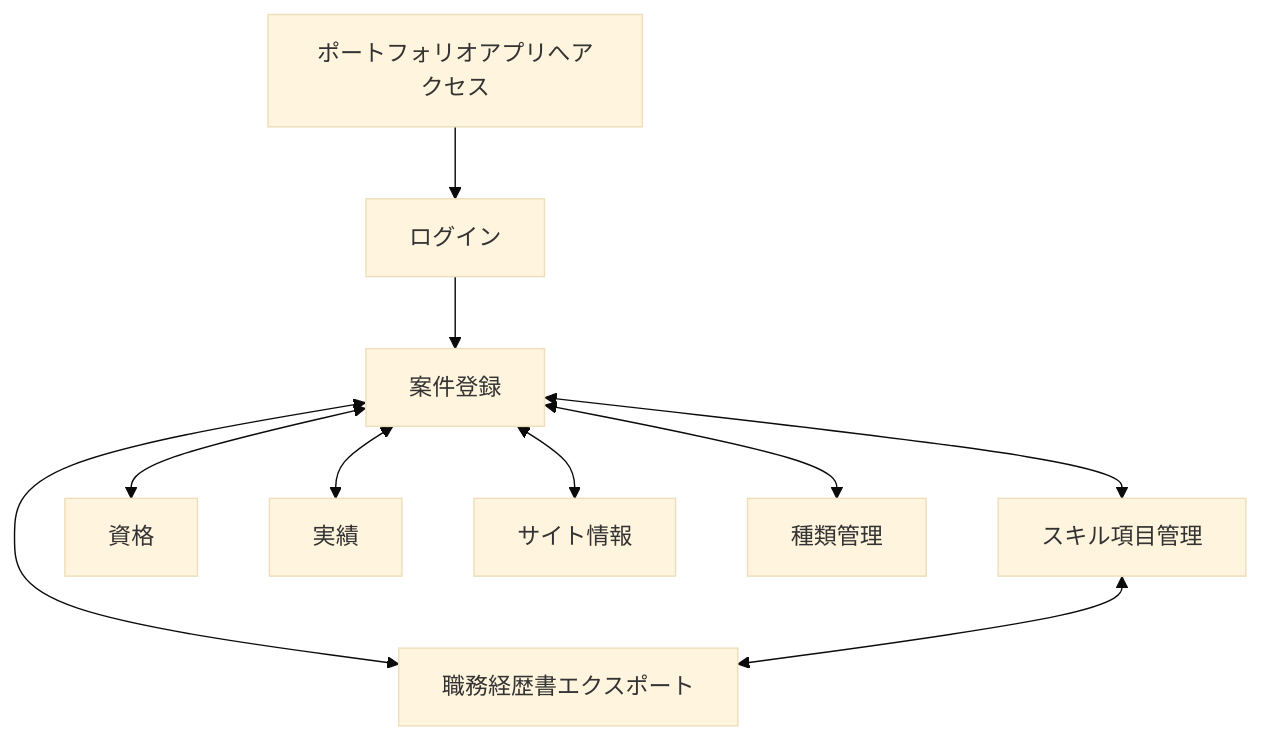
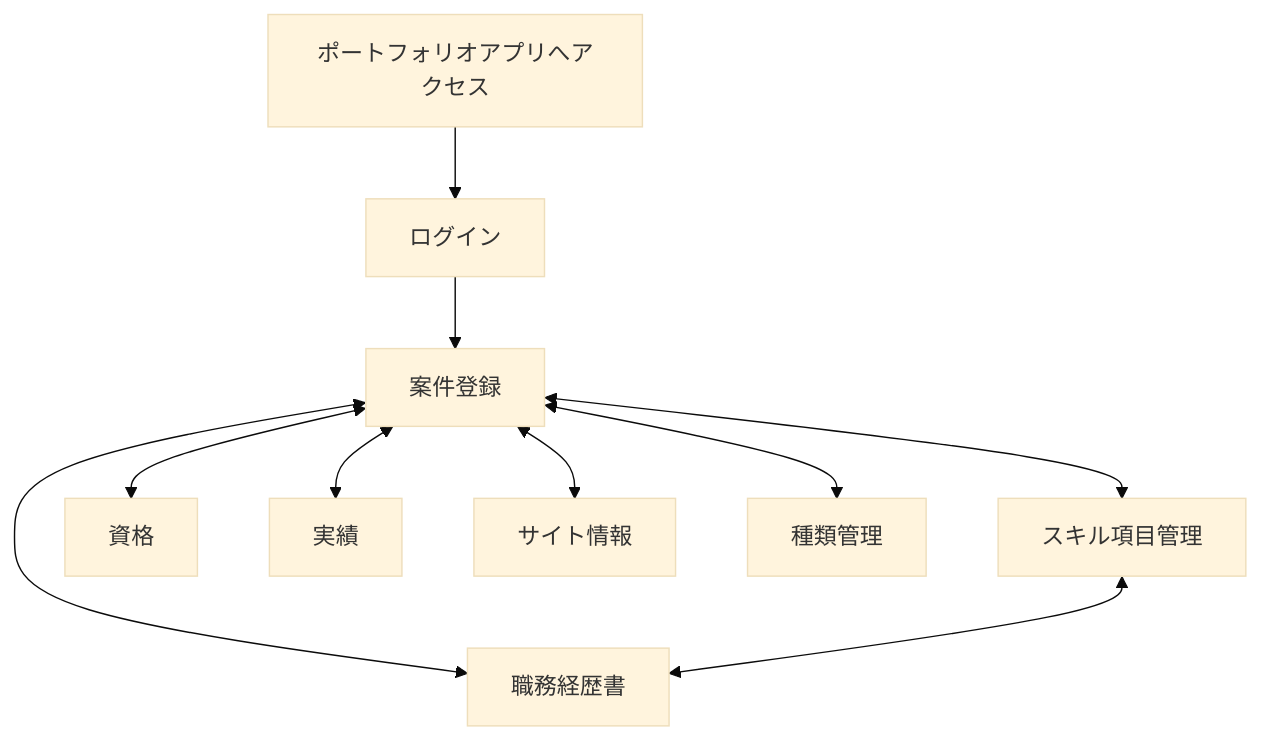
The third of 5 diagrams in docs/02.design/DESIGN.md (Seiya-Nakagawa/Portfolio), drawn with Mermaid (base theme) before and after one commit. The commit also changed other lines of this file and 24 other files, not shown here.

````diff
--- a/docs/02.design/DESIGN.md
+++ b/docs/02.design/DESIGN.md
@@ -318,12 +341,12 @@
 ```mermaid
 flowchart TD
     Start["ポートフォリオアプリへアクセス"] --> Login["ログイン"]
     Login --> Project["案件登録"]
     Project <--> Skill["スキル項目管理"]
     Project <--> Cert["資格"]
     Project <--> Work["実績"]
     Project <--> Site["サイト情報"]
-    Project <--> Output["職務経歴書エクスポート"]
+    Project <--> Output["職務経歴書"]
     Project <--> Category["種類管理"]
     Skill <--> Output
 ```
````
